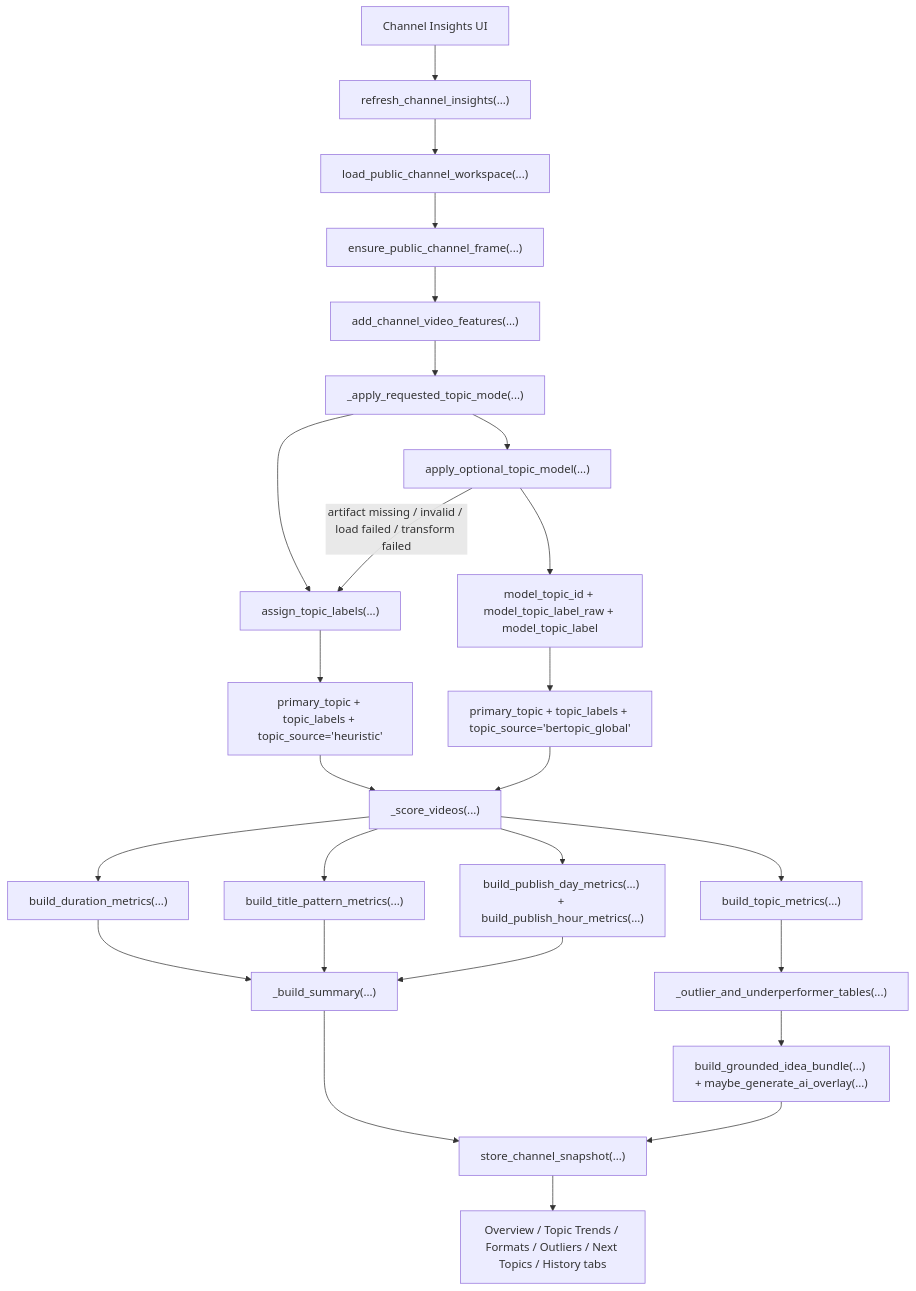
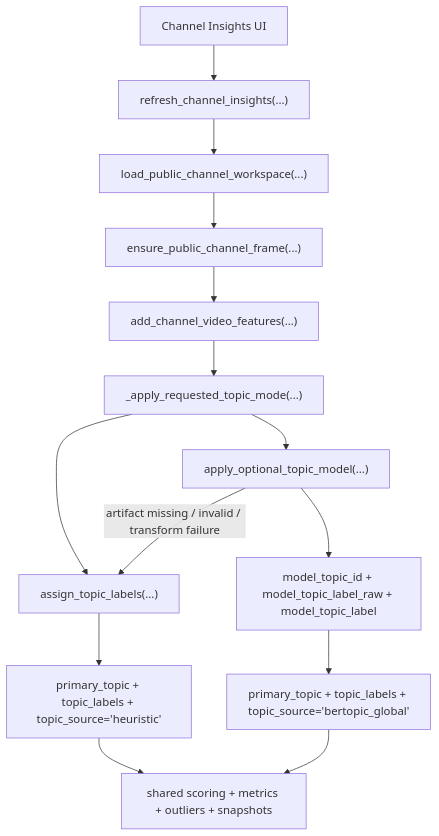
One commit to AsherJ07/purdue-youtube-ip-new changed the third of 3 diagrams in README.md. Above: the diagram before and after it, drawn with Mermaid. The commit also changed other lines of this file and 3 other files, not shown here.

````diff
--- a/README.md
+++ b/README.md
@@ -98,28 +158,16 @@
 ```mermaid
 flowchart TD
     A["Channel Insights UI"] --> B["refresh_channel_insights(...)"]
     B --> C["load_public_channel_workspace(...)"]
     C --> D["ensure_public_channel_frame(...)"]
     D --> E["add_channel_video_features(...)"]
     E --> F["_apply_requested_topic_mode(...)"]
     F --> G["assign_topic_labels(...)"]
     F --> H["apply_optional_topic_model(...)"]
-    H -->|artifact missing / invalid / load failed / transform failed| G
+    H -->|artifact missing / invalid / transform failure| G
     G --> I["primary_topic + topic_labels + topic_source='heuristic'"]
     H --> J["model_topic_id + model_topic_label_raw + model_topic_label"]
     J --> K["primary_topic + topic_labels + topic_source='bertopic_global'"]
-    I --> L["_score_videos(...)"]
+    I --> L["shared scoring + metrics + outliers + snapshots"]
     K --> L
-    L --> M["build_topic_metrics(...)"]
-    L --> N["build_duration_metrics(...)"]
-    L --> O["build_title_pattern_metrics(...)"]
-    L --> P["build_publish_day_metrics(...) + build_publish_hour_metrics(...)"]
-    M --> Q["_outlier_and_underperformer_tables(...)"]
-    N --> R["_build_summary(...)"]
-    O --> R
-    P --> R
-    Q --> S["build_grounded_idea_bundle(...) + maybe_generate_ai_overlay(...)"]
-    R --> T["store_channel_snapshot(...)"]
-    S --> T
-    T --> U["Overview / Topic Trends / Formats / Outliers / Next Topics / History tabs"]
 ```
````
